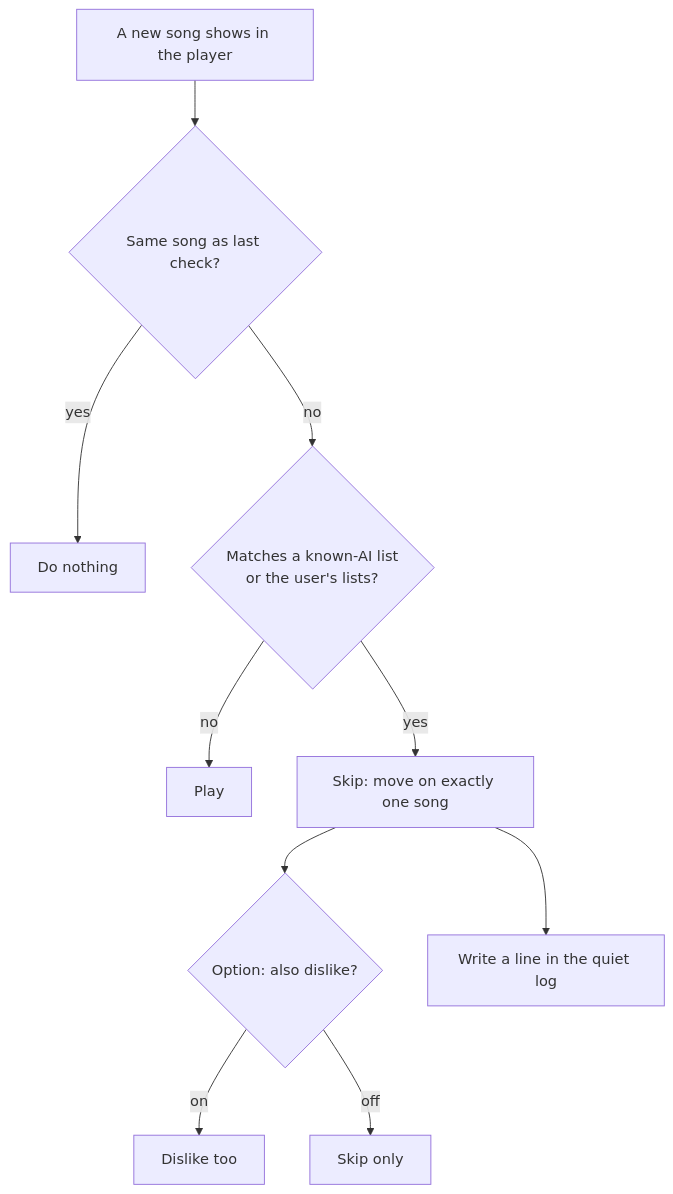
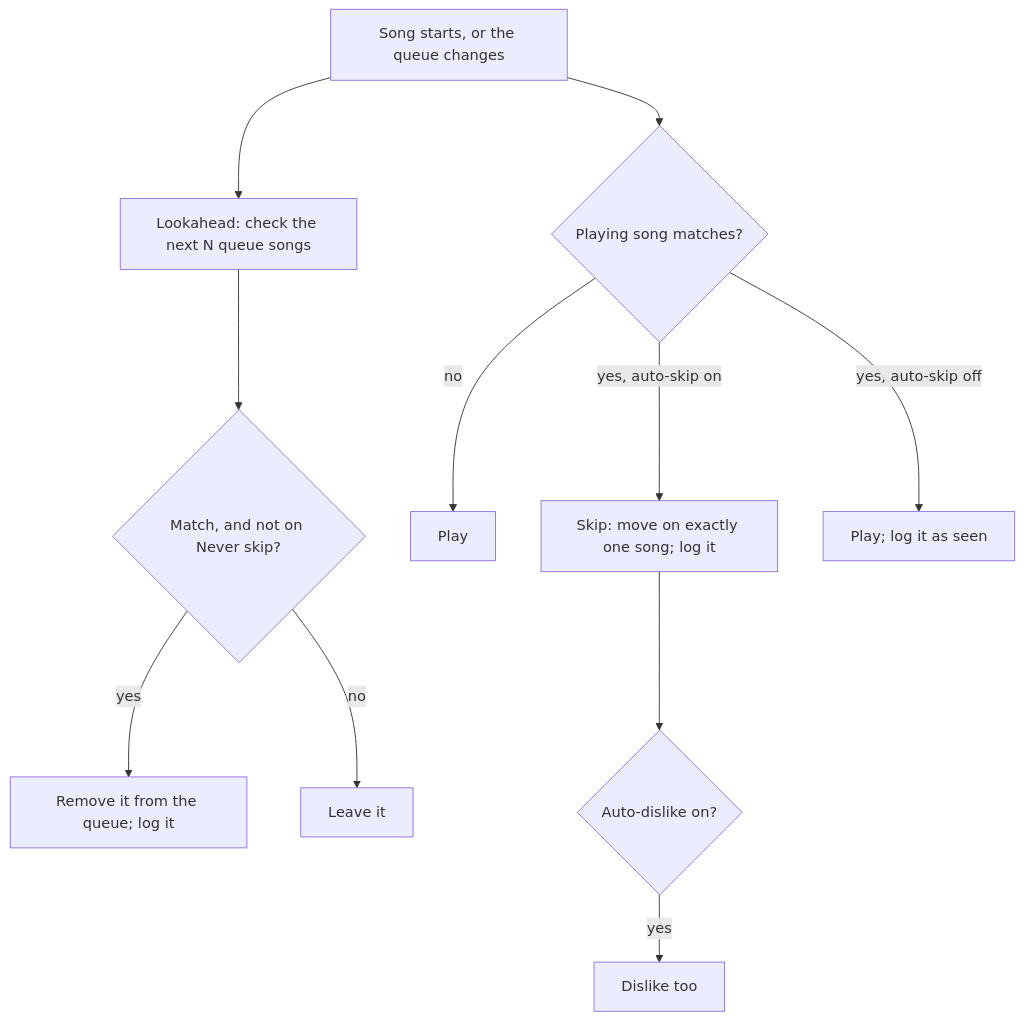
The second of 2 diagrams in docs/superpowers/specs/2026-11-11-human-music-design.md (wai-lau/human-music), drawn with Mermaid before and after one commit. The commit also changed other lines of this file, not shown here.

First line of the commit message:
docs: popup tabs, lookahead, research tool kept out of the extension

````diff
--- a/docs/superpowers/specs/2026-11-11-human-music-design.md
+++ b/docs/superpowers/specs/2026-11-11-human-music-design.md
@@ -58,12 +86,13 @@
 ```mermaid
 flowchart TD
-    A[A new song shows in the player] --> B{Same song as last check?}
-    B -- yes --> Z[Do nothing]
-    B -- no --> C{Matches a known-AI list<br/>or the user's lists?}
+    A[Song starts, or the queue changes] --> L[Lookahead: check the next N queue songs]
+    L --> M{Match, and not on Never skip?}
+    M -- yes --> X[Remove it from the queue; log it]
+    M -- no --> K[Leave it]
+    A --> C{Playing song matches?}
     C -- no --> P[Play]
-    C -- yes --> S[Skip: move on exactly one song]
-    S --> D{Option: also dislike?}
-    D -- on --> L[Dislike too]
-    D -- off --> N[Skip only]
-    S --> G[Write a line in the quiet log]
+    C -- yes, auto-skip on --> S[Skip: move on exactly one song; log it]
+    C -- yes, auto-skip off --> W[Play; log it as seen]
+    S --> D{Auto-dislike on?}
+    D -- yes --> DL[Dislike too]
 ```
````
